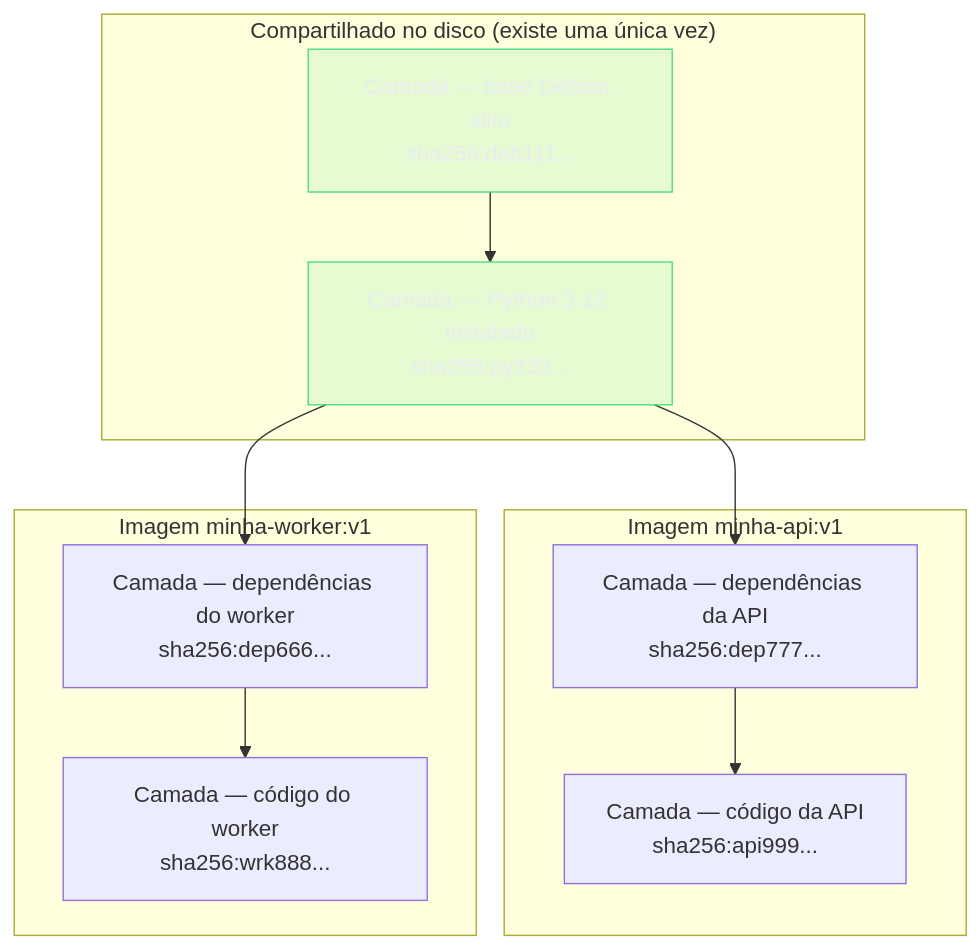
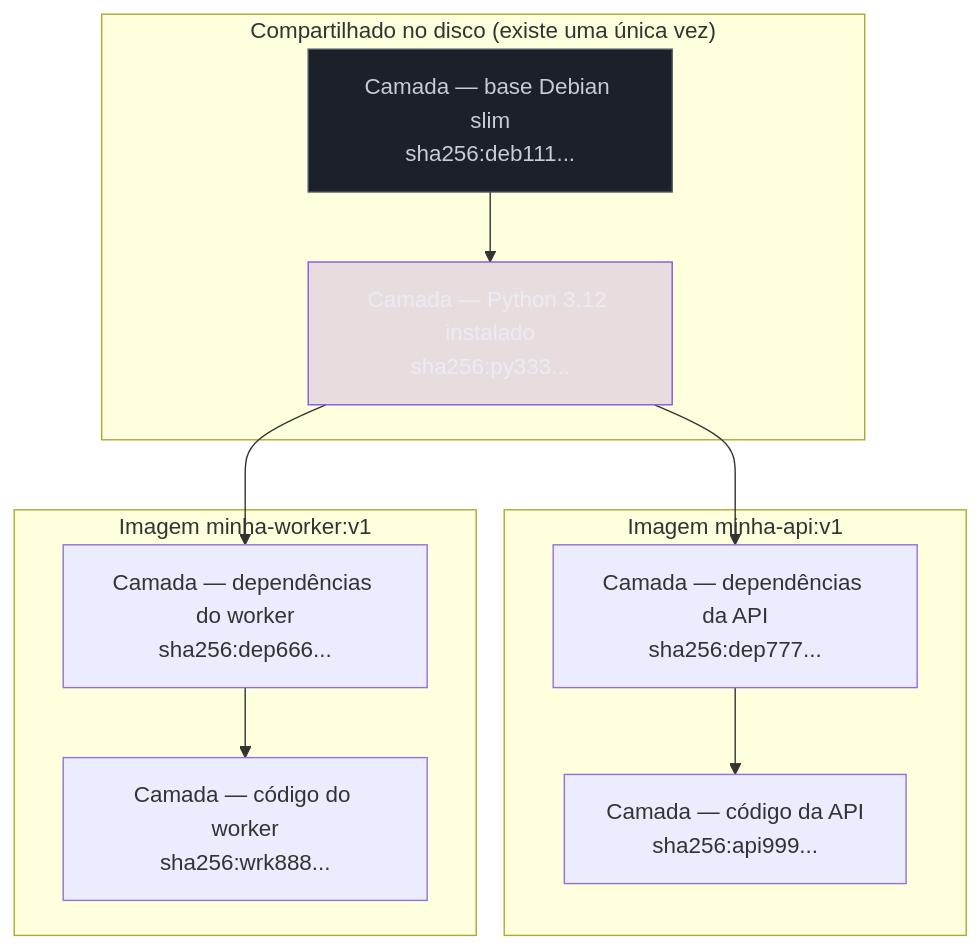
The second of 3 diagrams in 03-Dominios/Tecnologia/Infraestrutura/Docker/02 - A anatomia de uma imagem.md (josenaldo/codex-technomanticus), drawn with Mermaid before and after one commit. The commit also changed other lines of this file and 601 other files, not shown here.

````diff
--- a/03-Dominios/Tecnologia/Infraestrutura/Docker/02 - A anatomia de uma imagem.md
+++ b/03-Dominios/Tecnologia/Infraestrutura/Docker/02 - A anatomia de uma imagem.md
@@ -143,27 +143,28 @@
 ```mermaid
 graph TB
-    classDef ok fill:#4ADE8021,stroke:#4ADE80,color:#E9ECF2
+    classDef marca fill:#8855DF33,stroke:#8855DF,color:#E9ECF2
+    classDef neutro fill:#1B2029,stroke:#4E5666,color:#C6CCD8
     subgraph "Imagem minha-api:v1"
         A4["Camada — código da API\nsha256:api999..."]
         A3["Camada — dependências da API\nsha256:dep777..."]
     end
 
     subgraph "Imagem minha-worker:v1"
         B4["Camada — código do worker\nsha256:wrk888..."]
         B3["Camada — dependências do worker\nsha256:dep666..."]
     end
 
     subgraph "Compartilhado no disco (existe uma única vez)"
         S2["Camada — Python 3.12 instalado\nsha256:py333..."]
         S1["Camada — base Debian slim\nsha256:deb111..."]
     end
 
     A3 --> A4
     S2 --> A3
     B3 --> B4
     S2 --> B3
     S1 --> S2
 
-    class S1 ok
-    class S2 ok
+    class S1 neutro
+    class S2 marca
 ```
````
